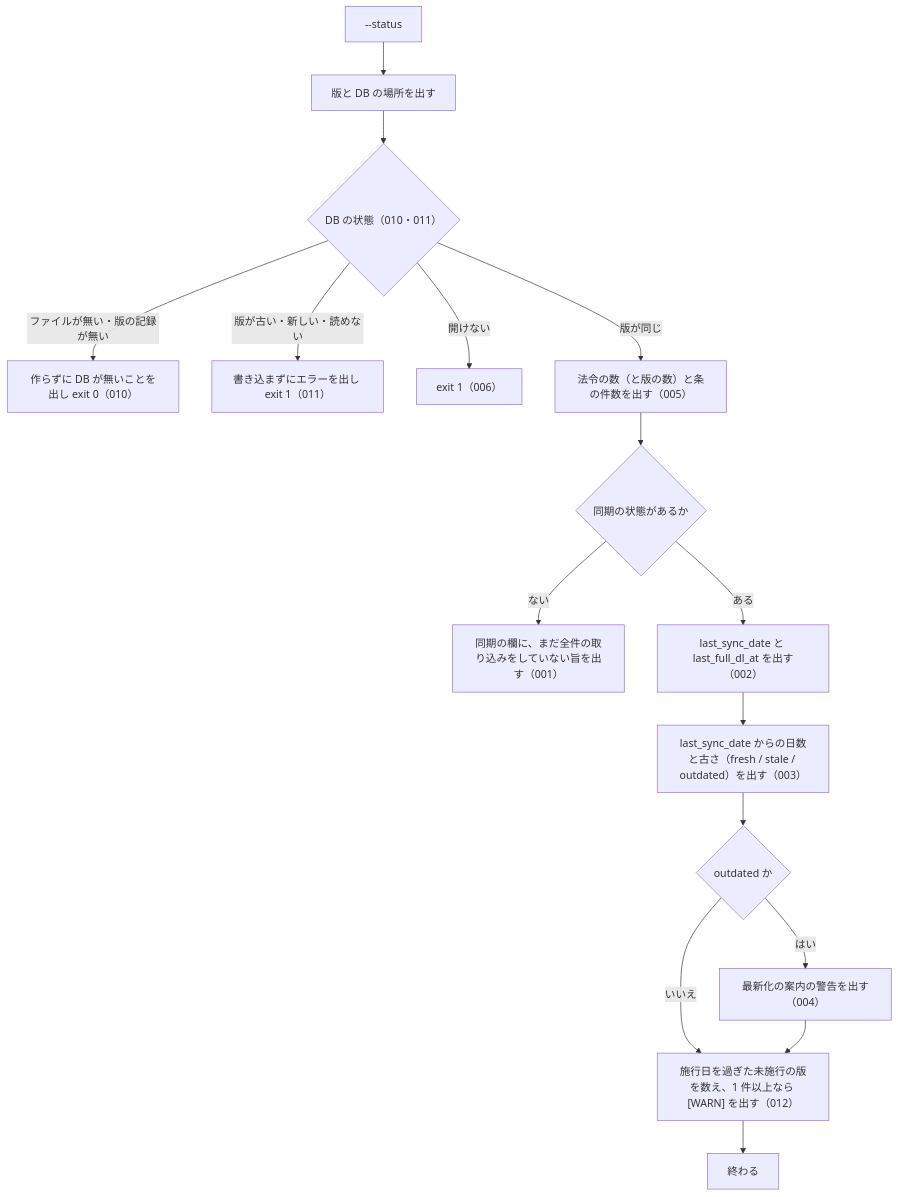
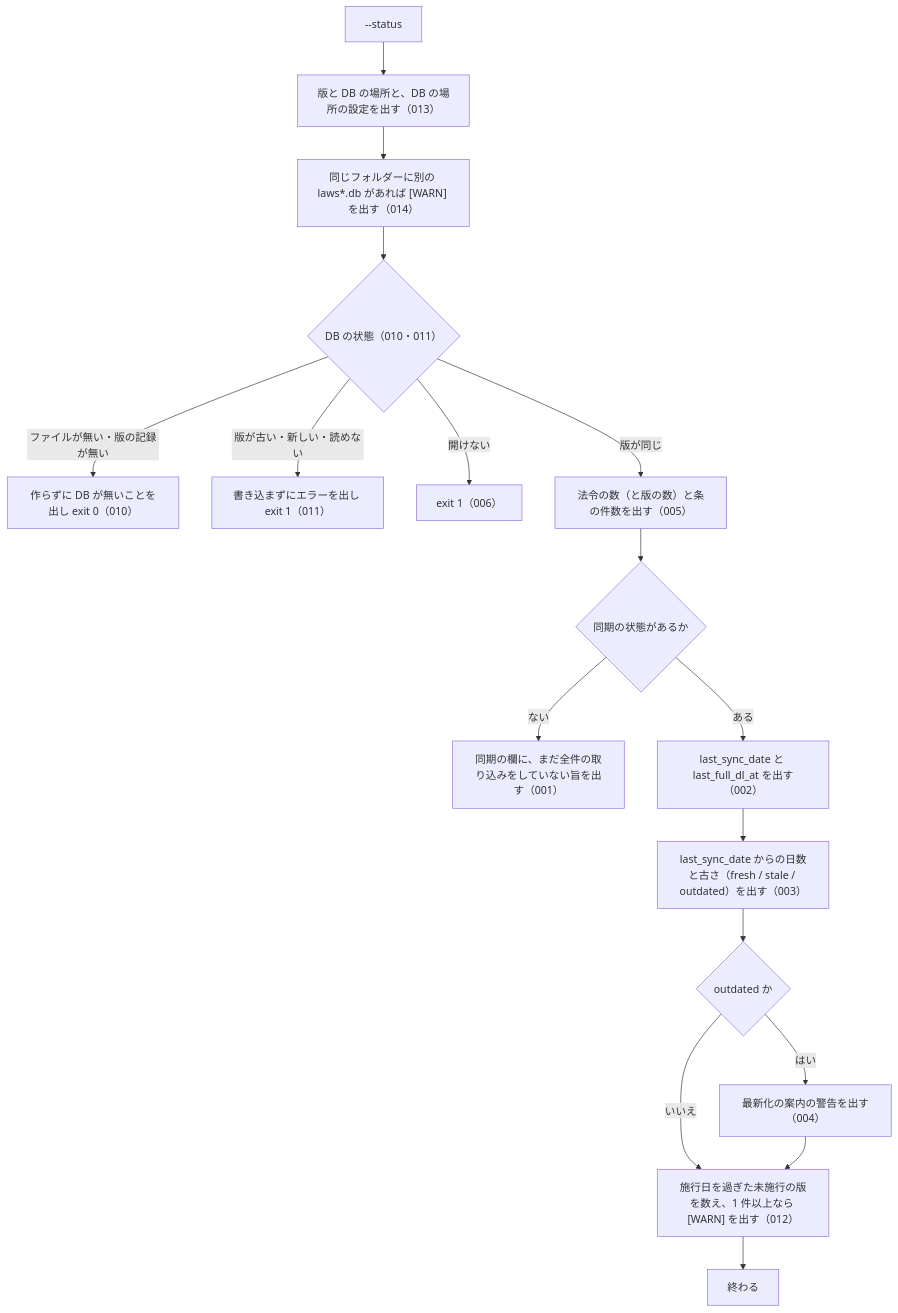
The diagram in specs/current/cli_status/spec.md (shuji-bonji/houki-egov-mcp), drawn with Mermaid before and after one commit. The commit also changed other lines of this file and 14 other files, not shown here.

````diff
--- a/specs/current/cli_status/spec.md
+++ b/specs/current/cli_status/spec.md
@@ -28,18 +29,19 @@
 ```mermaid
 flowchart TD
-  A["--status"] --> A1["版と DB の場所を出す"]
-  A1 --> V{"DB の状態（010・011）"}
+  A["--status"] --> A1["版と DB の場所と、DB の場所の設定を出す（013）"]
+  A1 --> A2["同じフォルダーに別の laws*.db があれば [WARN] を出す（014）"]
+  A2 --> V{"DB の状態（010・011）"}
   V -- "ファイルが無い・版の記録が無い" --> N0["作らずに DB が無いことを出し exit 0（010）"]
   V -- "版が古い・新しい・読めない" --> E0["書き込まずにエラーを出し exit 1（011）"]
   V -- "開けない" --> E1["exit 1（006）"]
   V -- "版が同じ" --> B["法令の数（と版の数）と条の件数を出す（005）"]
   B --> C{"同期の状態があるか"}
   C -- ない --> N["同期の欄に、まだ全件の取り込みをしていない旨を出す（001）"]
   C -- ある --> D["last_sync_date と last_full_dl_at を出す（002）"]
   D --> E["last_sync_date からの日数と古さ（fresh / stale / outdated）を出す（003）"]
   E --> F{"outdated か"}
   F -- はい --> W["最新化の案内の警告を出す（004）"]
   F -- いいえ --> X["施行日を過ぎた未施行の版を数え、1 件以上なら [WARN] を出す（012）"]
   W --> X
   X --> Z["終わる"]
 ```
````
